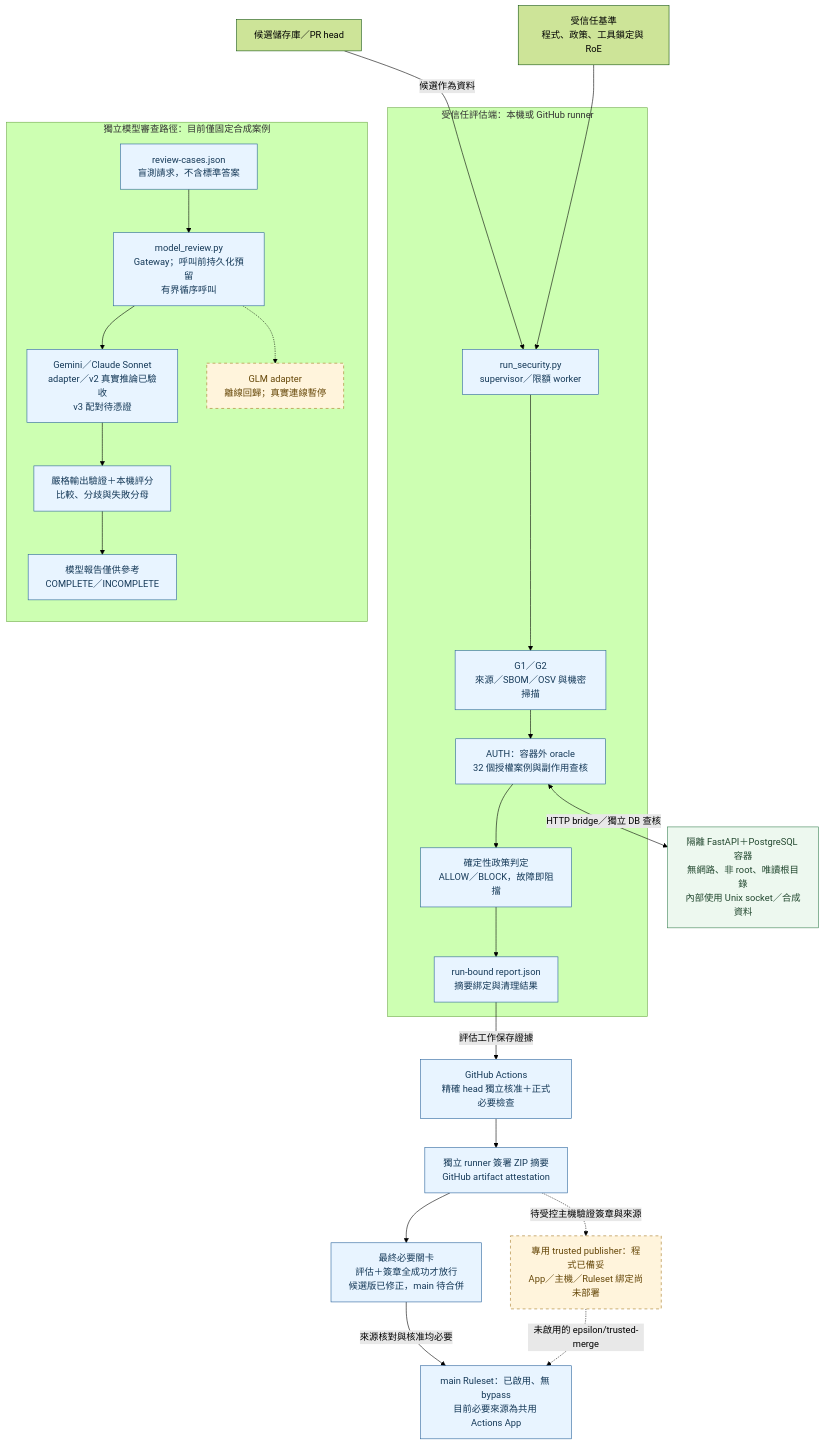
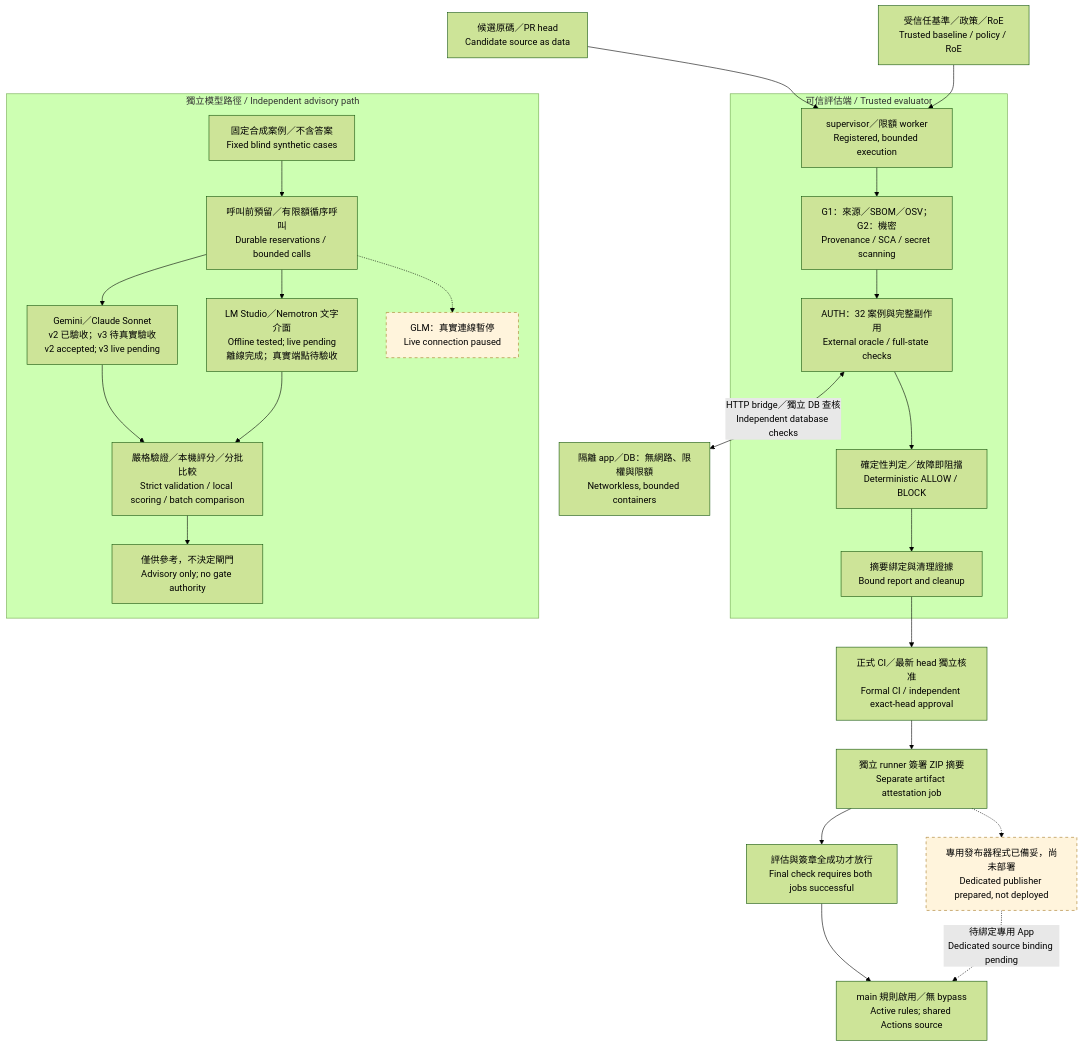
One commit to chinchiang/MultiAgentEpsilon changed the diagram in docs/diagrams/architecture-overview.mmd. Above: the diagram before and after it, drawn with Mermaid (forest theme). The commit also changed 128 other files, not shown here.

Commit message:
Fix evidence and import boundaries; add bounded LM Studio and bilingual docs

```diff
--- a/docs/diagrams/architecture-overview.mmd
+++ b/docs/diagrams/architecture-overview.mmd
@@ -1,53 +1,28 @@
 flowchart TB
-    Source["候選儲存庫／PR head"]
-    Trust["受信任基準<br/>程式、政策、工具鎖定與 RoE"]
-
-    subgraph Evaluator["受信任評估端：本機或 GitHub runner"]
-        Run["run_security.py<br/>supervisor／限額 worker"]
-        Scan["G1／G2<br/>來源／SBOM／OSV 與機密掃描"]
-        Oracle["AUTH：容器外 oracle<br/>32 個授權案例與副作用查核"]
-        Decision["確定性政策判定<br/>ALLOW／BLOCK，故障即阻擋"]
-        Report["run-bound report.json<br/>摘要綁定與清理結果"]
-        Run --> Scan --> Oracle --> Decision --> Report
+    Source["候選原碼／PR head<br/>Candidate source as data"] --> Run
+    Trust["受信任基準／政策／RoE<br/>Trusted baseline / policy / RoE"] --> Run
+    subgraph Evaluator["可信評估端 / Trusted evaluator"]
+        Run["supervisor／限額 worker<br/>Registered, bounded execution"] --> Scan["G1：來源／SBOM／OSV；G2：機密<br/>Provenance / SCA / secret scanning"]
+        Scan --> Oracle["AUTH：32 案例與完整副作用<br/>External oracle / full-state checks"]
+        Oracle --> Decision["確定性判定／故障即阻擋<br/>Deterministic ALLOW / BLOCK"]
+        Decision --> Report["摘要綁定與清理證據<br/>Bound report and cleanup"]
     end
-
-    Isolation["隔離 FastAPI＋PostgreSQL 容器<br/>無網路、非 root、唯讀根目錄<br/>內部使用 Unix socket／合成資料"]
-
-    Source -->|"候選作為資料"| Run
-    Trust --> Run
-    Oracle <-->|"HTTP bridge／獨立 DB 查核"| Isolation
-
-    subgraph ModelPath["獨立模型審查路徑：目前僅固定合成案例"]
-        direction TB
-        Cases["review-cases.json<br/>盲測請求，不含標準答案"]
-        Gateway["model_review.py<br/>Gateway；呼叫前持久化預留<br/>有界循序呼叫"]
-        Live["Gemini／Claude Sonnet<br/>adapter／v2 真實推論已驗收<br/>v3 配對待憑證"]
-        GLM["GLM adapter<br/>離線回歸；真實連線暫停"]
-        Score["嚴格輸出驗證＋本機評分<br/>比較、分歧與失敗分母"]
-        Advisory["模型報告僅供參考<br/>COMPLETE／INCOMPLETE"]
-        Cases --> Gateway
-        Gateway --> Live --> Score
-        Gateway -.-> GLM
-        Score --> Advisory
+    Oracle <-->|"HTTP bridge／獨立 DB 查核<br/>Independent database checks"| Isolation["隔離 app／DB：無網路、限權與限額<br/>Networkless, bounded containers"]
+    subgraph Models["獨立模型路徑 / Independent advisory path"]
+        Cases["固定合成案例／不含答案<br/>Fixed blind synthetic cases"] --> Gateway["呼叫前預留／有限額循序呼叫<br/>Durable reservations / bounded calls"]
+        Gateway --> Cloud["Gemini／Claude Sonnet<br/>v2 已驗收；v3 待真實驗收<br/>v2 accepted; v3 live pending"]
+        Gateway --> Local["LM Studio／Nemotron 文字介面<br/>Offline tested; live pending<br/>離線完成；真實端點待驗收"]
+        Gateway -.-> GLM["GLM：真實連線暫停<br/>Live connection paused"]
+        Cloud --> Score["嚴格驗證／本機評分／分批比較<br/>Strict validation / local scoring / batch comparison"]
+        Local --> Score
+        Score --> Advisory["僅供參考，不決定閘門<br/>Advisory only; no gate authority"]
     end
-
-    %% 僅對齊兩條獨立路徑，沒有資料交換。
     Source ~~~ Cases
-
-    CI["GitHub Actions<br/>精確 head 獨立核准＋正式必要檢查"]
-    Signed["獨立 runner 簽署 ZIP 摘要<br/>GitHub artifact attestation"]
-    Rules["main Ruleset：已啟用、無 bypass<br/>目前必要來源為共用 Actions App"]
-    Publisher["專用 trusted publisher：程式已備妥<br/>App／主機／Ruleset 綁定尚未部署"]
-    Report -->|"評估工作保存證據"| CI
-    CI --> Signed
-    Signed --> Completion["最終必要關卡<br/>評估＋簽章全成功才放行<br/>候選版已修正，main 待合併"]
-    Completion -->|"來源核對與核准均必要"| Rules
-    Signed -.->|"待受控主機驗證簽章與來源"| Publisher
-    Publisher -.->|"未啟用的 epsilon/trusted-merge"| Rules
-
-    classDef implemented fill:#e8f4ff,stroke:#28629b,color:#153958;
-    classDef isolated fill:#edf8ef,stroke:#3a8051,color:#21472e;
-    classDef pending fill:#fff4dc,stroke:#a67822,stroke-dasharray:5 5,color:#664708;
-    class Run,Scan,Oracle,Decision,Report,Cases,Gateway,Live,Score,Advisory,CI,Signed,Completion,Rules implemented;
-    class Isolation isolated;
+    Report --> CI["正式 CI／最新 head 獨立核准<br/>Formal CI / independent exact-head approval"]
+    CI --> Signed["獨立 runner 簽署 ZIP 摘要<br/>Separate artifact attestation job"]
+    Signed --> Final["評估與簽章全成功才放行<br/>Final check requires both jobs successful"]
+    Final --> Rules["main 規則啟用／無 bypass<br/>Active rules; shared Actions source"]
+    Signed -.-> Publisher["專用發布器程式已備妥，尚未部署<br/>Dedicated publisher prepared, not deployed"]
+    Publisher -.->|"待綁定專用 App<br/>Dedicated source binding pending"| Rules
+    classDef pending fill:#fff4dc,stroke:#a67822,stroke-dasharray:5 5;
     class GLM,Publisher pending;
```
